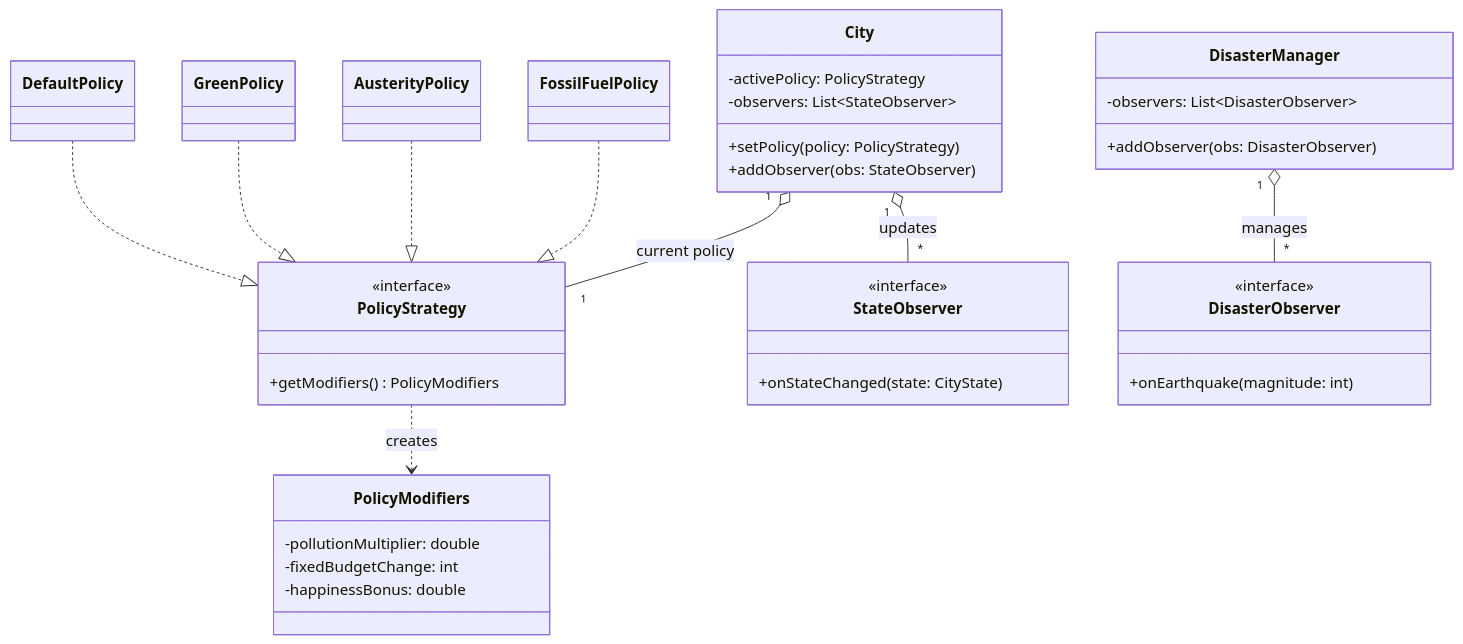
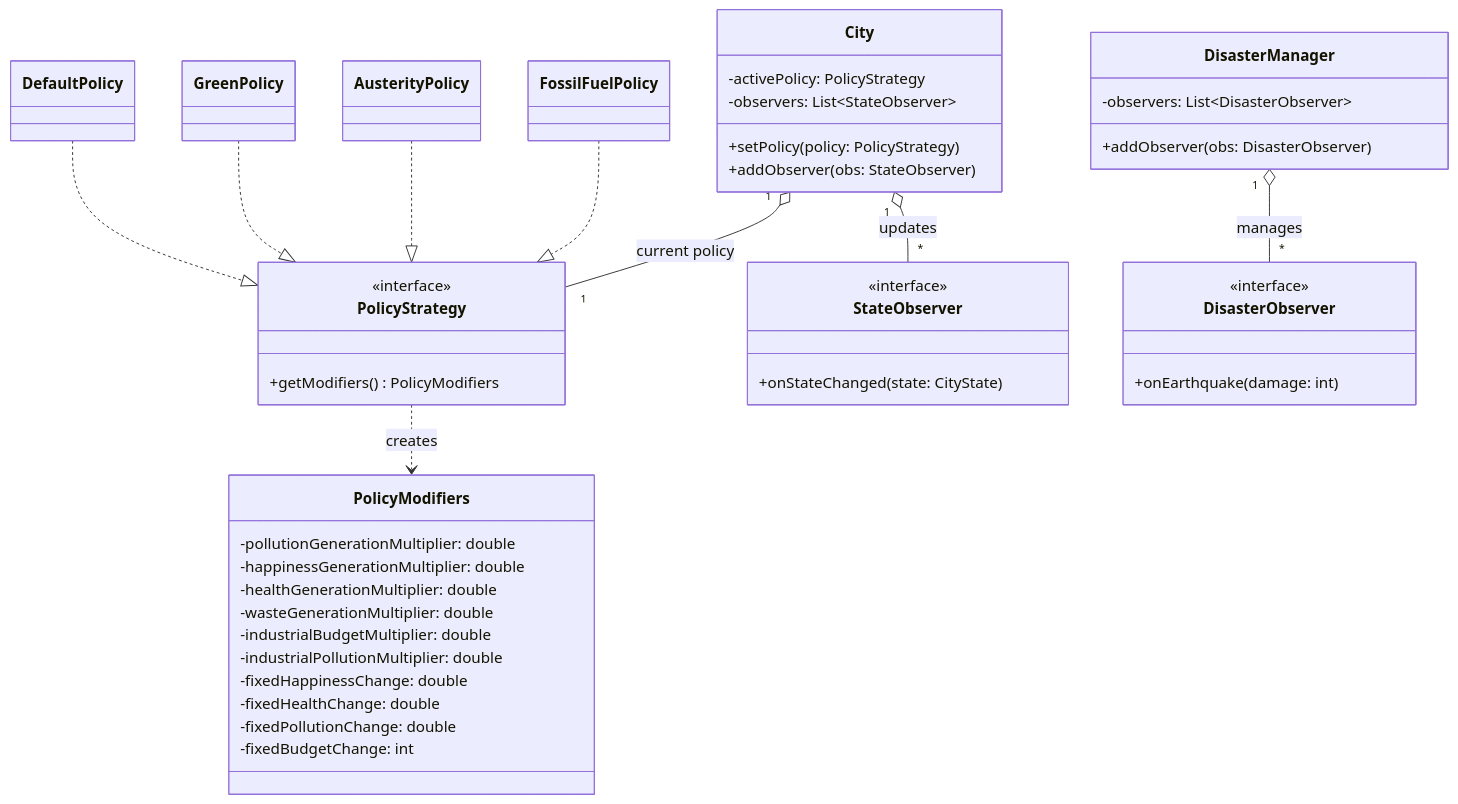
One commit to simonebumstead/city_simulator changed the third of 4 diagrams in docs/diagrams/md/ClassDiagram.md. Above: the diagram before and after it, drawn with Mermaid. The commit also changed other lines of this file and 20 other files, not shown here.

````diff
--- a/docs/diagrams/md/ClassDiagram.md
+++ b/docs/diagrams/md/ClassDiagram.md
@@ -209,51 +220,58 @@
 ```mermaid
 classDiagram
     direction TB
 
     class PolicyStrategy {
         <<interface>>
         +getModifiers() PolicyModifiers
     }
     class StateObserver {
         <<interface>>
         +onStateChanged(state: CityState)
     }
     class DisasterObserver {
         <<interface>>
-        +onEarthquake(magnitude: int)
+        +onEarthquake(damage: int)
     }
 
     class PolicyModifiers {
-        -pollutionMultiplier: double
+        -pollutionGenerationMultiplier: double
+        -happinessGenerationMultiplier: double
+        -healthGenerationMultiplier: double
+        -wasteGenerationMultiplier: double
+        -industrialBudgetMultiplier: double
+        -industrialPollutionMultiplier: double
+        -fixedHappinessChange: double
+        -fixedHealthChange: double
+        -fixedPollutionChange: double
         -fixedBudgetChange: int
-        -happinessBonus: double
     }
 
     class DefaultPolicy
     class GreenPolicy
     class AusterityPolicy
     class FossilFuelPolicy
 
     class City {
         -activePolicy: PolicyStrategy
         -observers: List~StateObserver~
         +setPolicy(policy: PolicyStrategy)
         +addObserver(obs: StateObserver)
     }
 
     class DisasterManager {
         -observers: List~DisasterObserver~
         +addObserver(obs: DisasterObserver)
     }
 
     DefaultPolicy ..|> PolicyStrategy
     GreenPolicy ..|> PolicyStrategy
     AusterityPolicy ..|> PolicyStrategy
     FossilFuelPolicy ..|> PolicyStrategy
 
     PolicyStrategy ..> PolicyModifiers : creates
 
     City "1" o-- "1" PolicyStrategy : current policy
     City "1" o-- "*" StateObserver : updates
     DisasterManager "1" o-- "*" DisasterObserver : manages
 ```
````
